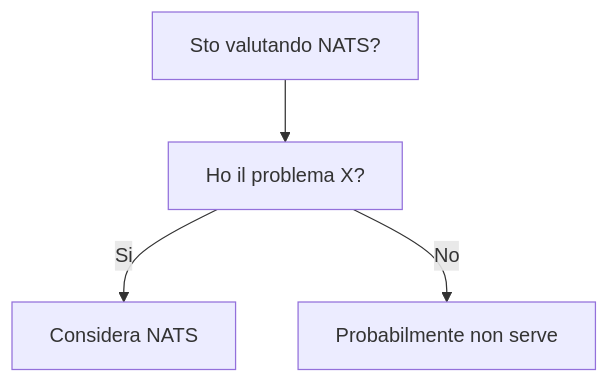
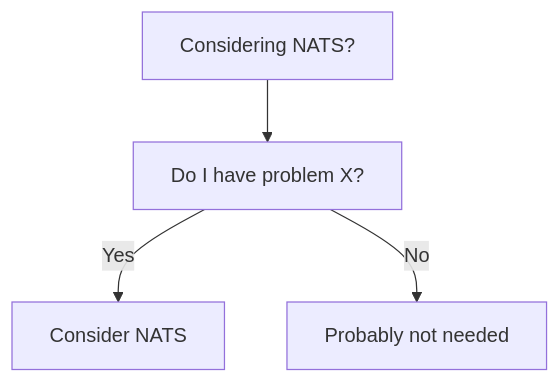
Before and after one commit to HxT9/Software-Dev-Wiki: the diagram in dev-wiki/13_Integration/Message_Brokers/NATS/When_To_Use.md, drawn with Mermaid. The commit also changed other lines of this file and 3444 other files, not shown here.

````diff
--- a/dev-wiki/13_Integration/Message_Brokers/NATS/When_To_Use.md
+++ b/dev-wiki/13_Integration/Message_Brokers/NATS/When_To_Use.md
@@ -19,6 +19,6 @@
 ```mermaid
 flowchart TD
-  Q[Sto valutando NATS?] --> Q1[Ho il problema X?]
-  Q1 -->|Si| OK[Considera NATS]
-  Q1 -->|No| NO[Probabilmente non serve]
+  Q[Considering NATS?] --> Q1[Do I have problem X?]
+  Q1 -->|Yes| OK[Consider NATS]
+  Q1 -->|No| NO[Probably not needed]
 ```
````
